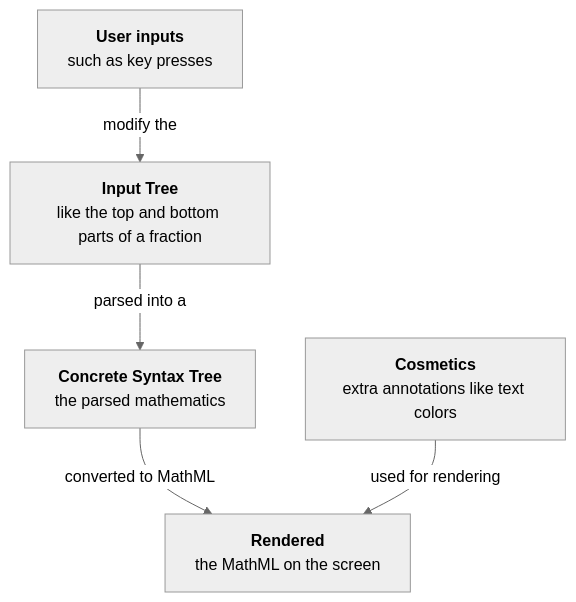
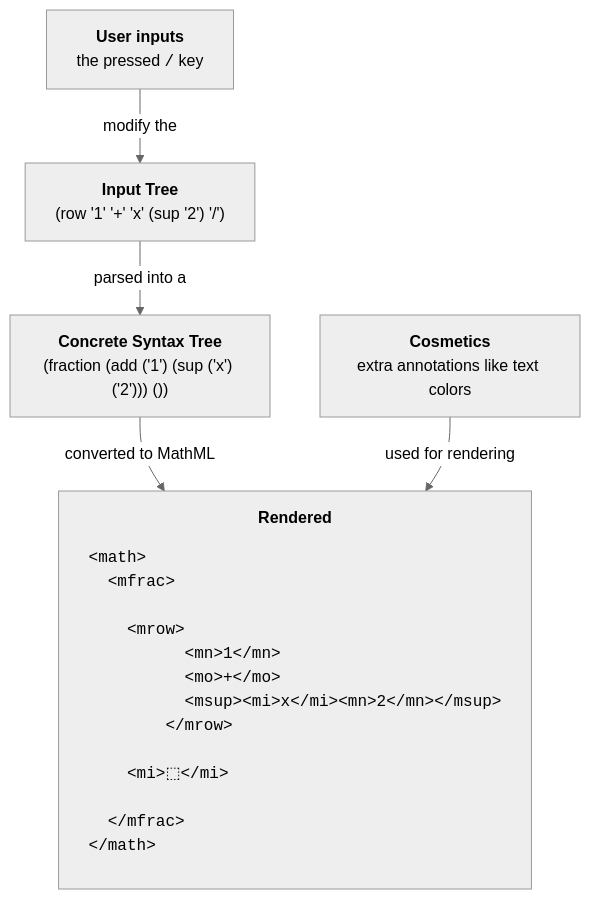
The diagram in CONTRIBUTING.md (stefnotch/aftermath-editor), drawn with Mermaid (neutral theme) before and after one commit. The commit also changed other lines of this file, not shown here.

````diff
--- a/CONTRIBUTING.md
+++ b/CONTRIBUTING.md
@@ -9,13 +11,13 @@
 ```mermaid
 flowchart TD
-Rendered[<b>Rendered</b><br>the MathML on the screen]
-CST[<b>Concrete Syntax Tree</b><br>the parsed mathematics]
-UserInput[<b>User inputs</b><br>such as key presses]
-InputTree[<b>Input Tree</b><br>like the top and bottom parts of a fraction]
-Cosmetics[<b>Cosmetics</b><br>extra annotations like text colors]
+Rendered["<b>Rendered</b><br><div style='text-align: start'><pre><code>&lt;math&gt;<br>  &lt;mfrac&gt;<br>  <br>    &lt;mrow&gt;<br>	  &lt;mn&gt;1&lt;/mn&gt;<br>	  &lt;mo&gt;+&lt;/mo&gt;<br>	  &lt;msup&gt;&lt;mi&gt;x&lt;/mi&gt;&lt;mn&gt;2&lt;/mn&gt;&lt;/msup&gt;<br>	&lt;/mrow&gt;<br>	<br>    &lt;mi&gt;⬚&lt;/mi&gt;<br>	<br>  &lt;/mfrac&gt;<br>&lt;/math&gt;</code></pre></div>"]
+CST["<b>Concrete Syntax Tree</b><br>(fraction (add ('1') (sup ('x') ('2'))) ()) "]
+UserInput["<b>User inputs</b><br>the pressed <code>/</code> key"]
+InputTree["<b>Input Tree</b><br> (row '1' '+' 'x' (sup '2') '/') "]
+Cosmetics["<b>Cosmetics</b><br>extra annotations like text colors"]
 
 UserInput -->|modify the| InputTree
 InputTree -->|parsed into a| CST
 CST -->|converted to MathML| Rendered
 Cosmetics -->|used for rendering| Rendered
 ```
````
